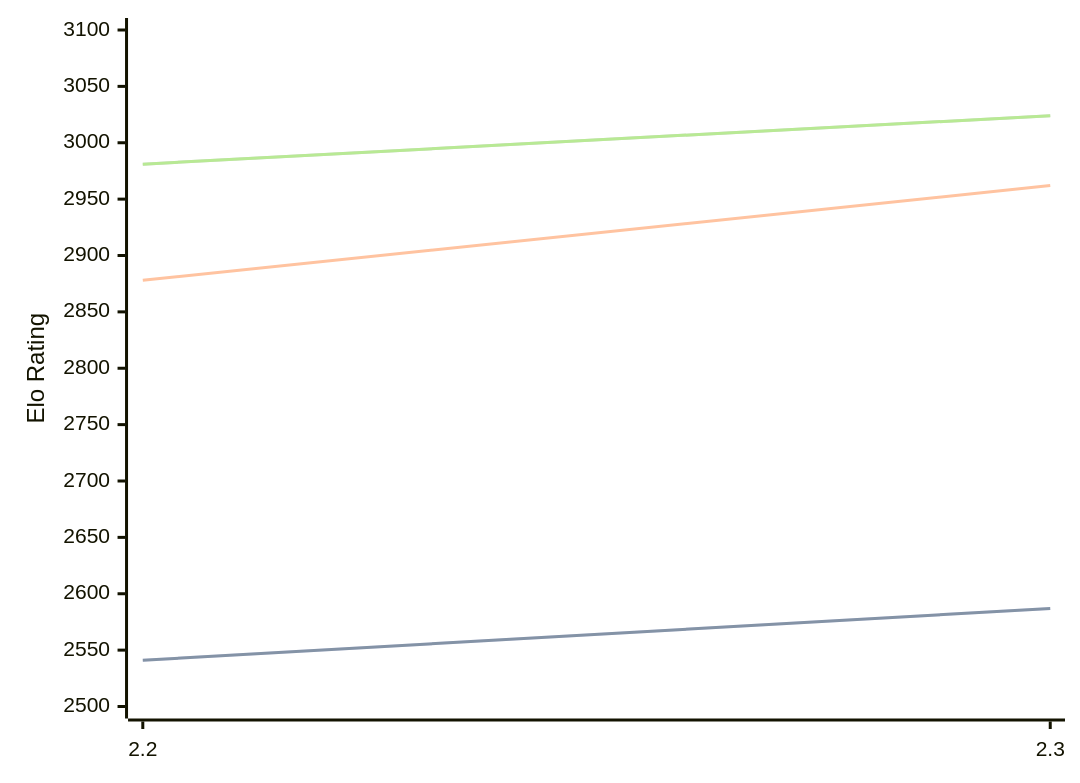
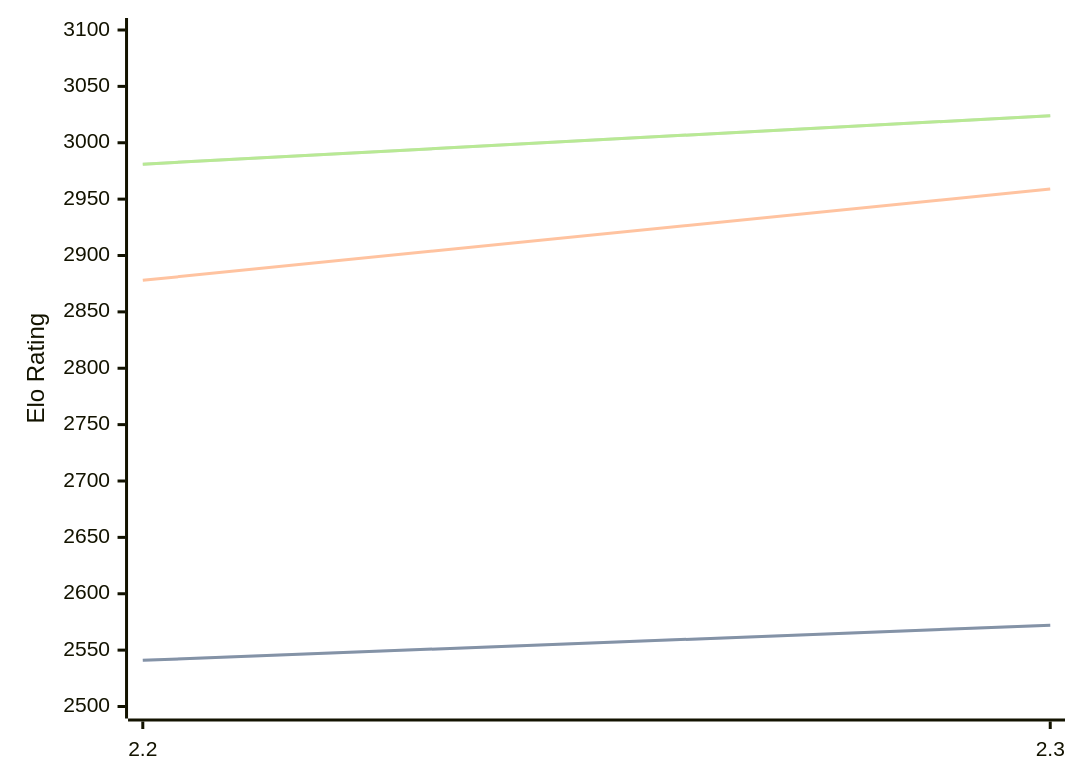
The diagram in engines/Sloth.md (computer-chess-index/cci), drawn with Mermaid before and after one commit. The commit also changed other lines of this file, not shown here.

````diff
--- a/engines/Sloth.md
+++ b/engines/Sloth.md
@@ -32,11 +32,11 @@
 ```mermaid
 %%{init: {"theme":"base","themeVariables":{"seriesColors:['#a3a3a3','#222221','#faa371']}}}%%
 xychart-beta
   x-axis ["2.2", "2.3"]
   y-axis "Elo Rating" 2500 --> 3100
-  line "" [2541, 2587]
-  line "STC (8.0+0.08s)" [2541, 2587]
-  line "LTC (60.0+0.60s)" [2878, 2962]
+  line "" [2541, 2572]
+  line "STC (8.0+0.08s)" [2541, 2572]
+  line "LTC (60.0+0.60s)" [2878, 2959]
   line "" [2981, 3024]
   line "VLTC (2m24s+1.12s)" [2981, 3024]
 ```
````
